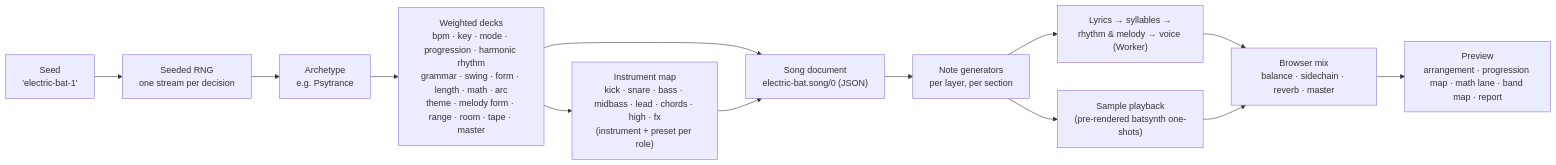
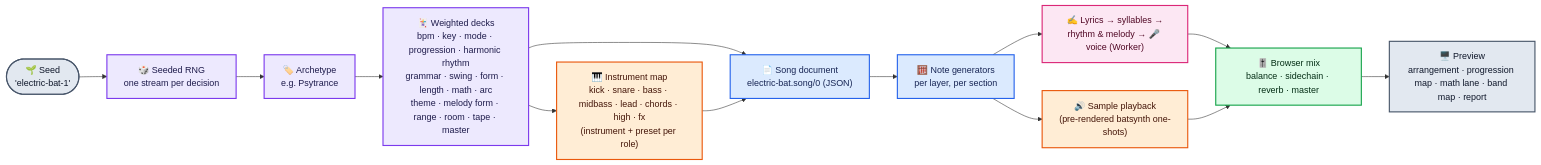
The third of 10 diagrams in README.md (MirTheDragon/Electric-Bat-Studio), drawn with Mermaid before and after one commit. The commit also changed other lines of this file, not shown here.

First line of the commit message:
README: colour-coded diagrams, layer key, badges, family and status charts

````diff
--- a/README.md
+++ b/README.md
@@ -121,15 +170,28 @@
 ```mermaid
 flowchart LR
-    seed["Seed<br/>'electric-bat-1'"] --> rng["Seeded RNG<br/>one stream per decision"]
-    rng --> arch["Archetype<br/>e.g. Psytrance"]
-    arch --> decks["Weighted decks<br/>bpm · key · mode · progression · harmonic rhythm<br/>grammar · swing · form · length · math · arc<br/>theme · melody form · range · room · tape · master"]
-    decks --> inst["Instrument map<br/>kick · snare · bass · midbass · lead · chords · high · fx<br/>(instrument + preset per role)"]
-    decks --> doc["Song document<br/>electric-bat.song/0 (JSON)"]
+    seed(["🌱 Seed<br/>'electric-bat-1'"]) --> rng["🎲 Seeded RNG<br/>one stream per decision"]
+    rng --> arch["🏷️ Archetype<br/>e.g. Psytrance"]
+    arch --> decks["🃏 Weighted decks<br/>bpm · key · mode · progression · harmonic rhythm<br/>grammar · swing · form · length · math · arc<br/>theme · melody form · range · room · tape · master"]
+    decks --> inst["🎹 Instrument map<br/>kick · snare · bass · midbass · lead · chords · high · fx<br/>(instrument + preset per role)"]
+    decks --> doc["📄 Song document<br/>electric-bat.song/0 (JSON)"]
     inst --> doc
-    doc --> notes["Note generators<br/>per layer, per section"]
-    notes --> vox["Lyrics → syllables →<br/>rhythm & melody → voice (Worker)"]
-    notes --> play["Sample playback<br/>(pre-rendered batsynth one-shots)"]
-    vox --> mix["Browser mix<br/>balance · sidechain · reverb · master"]
+    doc --> notes["🧮 Note generators<br/>per layer, per section"]
+    notes --> vox["✍️ Lyrics → syllables →<br/>rhythm & melody → 🎤 voice (Worker)"]
+    notes --> play["🔊 Sample playback<br/>(pre-rendered batsynth one-shots)"]
+    vox --> mix["🎚️ Browser mix<br/>balance · sidechain · reverb · master"]
     play --> mix
-    mix --> view["Preview<br/>arrangement · progression map · math lane · band map · report"]
+    mix --> view["🖥️ Preview<br/>arrangement · progression map · math lane · band map · report"]
+
+    classDef people fill:#e2e8f0,stroke:#475569,stroke-width:2px,color:#0f172a
+    classDef intent fill:#ede9fe,stroke:#7c3aed,stroke-width:2px,color:#1e1b4b
+    classDef gen fill:#dbeafe,stroke:#2563eb,stroke-width:2px,color:#172554
+    classDef words fill:#fce7f3,stroke:#db2777,stroke-width:2px,color:#500724
+    classDef sound fill:#ffedd5,stroke:#ea580c,stroke-width:2px,color:#431407
+    classDef mix fill:#dcfce7,stroke:#16a34a,stroke-width:2px,color:#052e16
+    class seed,view people
+    class rng,arch,decks intent
+    class doc,notes gen
+    class vox words
+    class inst,play sound
+    class mix mix
 ```
````
